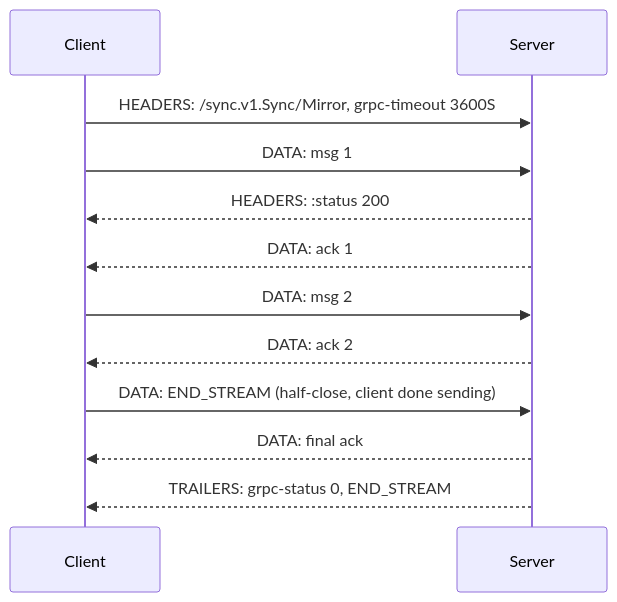
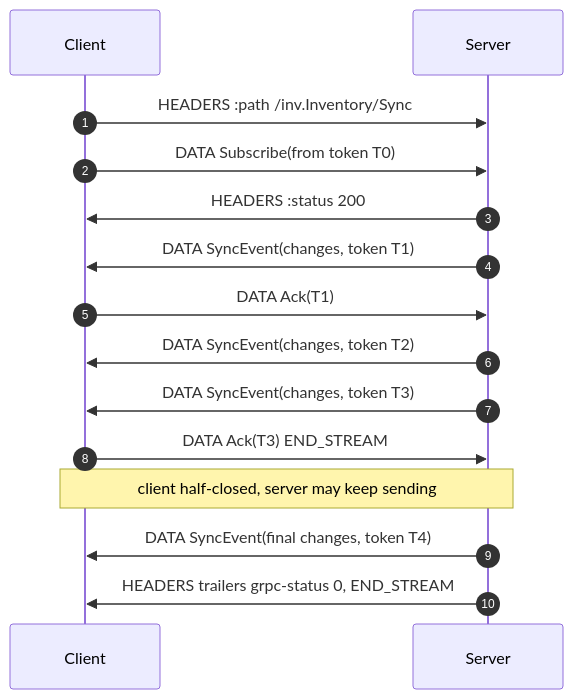
The first of 5 diagrams in src/content/docs/en/communication/synchronous-protocols/grpc-streaming.mdx (gorkemsari/distributed-systems), drawn with Mermaid before and after one commit. The commit also changed other lines of this file and 3 other files, not shown here.

````diff
--- a/src/content/docs/en/communication/synchronous-protocols/grpc-streaming.mdx
+++ b/src/content/docs/en/communication/synchronous-protocols/grpc-streaming.mdx
@@ -24,15 +40,17 @@
 ```mermaid
 sequenceDiagram
+    autonumber
     participant C as Client
     participant S as Server
- 
-    C->>S: HEADERS: /sync.v1.Sync/Mirror, grpc-timeout 3600S
-    C->>S: DATA: msg 1
-    S-->>C: HEADERS: :status 200
-    S-->>C: DATA: ack 1
-    C->>S: DATA: msg 2
-    S-->>C: DATA: ack 2
-    C->>S: DATA: END_STREAM (half-close, client done sending)
-    S-->>C: DATA: final ack
-    S-->>C: TRAILERS: grpc-status 0, END_STREAM
+    C->>S: HEADERS :path /inv.Inventory/Sync
+    C->>S: DATA Subscribe(from token T0)
+    S->>C: HEADERS :status 200
+    S->>C: DATA SyncEvent(changes, token T1)
+    C->>S: DATA Ack(T1)
+    S->>C: DATA SyncEvent(changes, token T2)
+    S->>C: DATA SyncEvent(changes, token T3)
+    C->>S: DATA Ack(T3) END_STREAM
+    Note over C,S: client half-closed, server may keep sending
+    S->>C: DATA SyncEvent(final changes, token T4)
+    S->>C: HEADERS trailers grpc-status 0, END_STREAM
 ```
````
